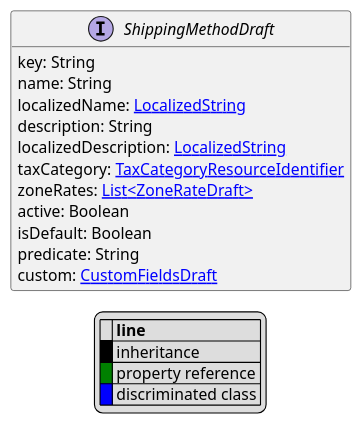
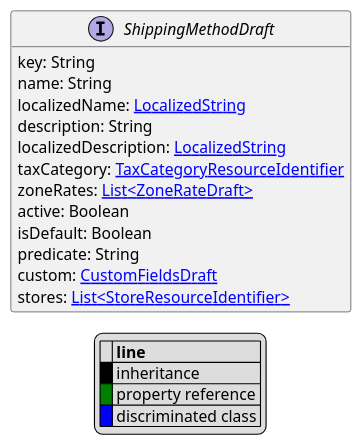
One commit to commercetools/commercetools-api-reference changed the diagram in uml/api/ShippingMethodDraft.puml. Above: the diagram before and after it, drawn with PlantUML. The commit also changed 52 other files, not shown here.

```diff
--- a/uml/api/ShippingMethodDraft.puml
+++ b/uml/api/ShippingMethodDraft.puml
@@ -1,30 +1,31 @@
 @startuml
 
 hide empty fields
 hide empty methods
 legend
 |= |= line |
 |<back:black>   </back>| inheritance |
 |<back:green>   </back>| property reference |
 |<back:blue>   </back>| discriminated class |
 endlegend
 interface ShippingMethodDraft [[ShippingMethodDraft.svg]]  {
     key: String
     name: String
     localizedName: [[LocalizedString.svg LocalizedString]]
     description: String
     localizedDescription: [[LocalizedString.svg LocalizedString]]
     taxCategory: [[TaxCategoryResourceIdentifier.svg TaxCategoryResourceIdentifier]]
     zoneRates: [[ZoneRateDraft.svg List<ZoneRateDraft>]]
     active: Boolean
     isDefault: Boolean
     predicate: String
     custom: [[CustomFieldsDraft.svg CustomFieldsDraft]]
+    stores: [[StoreResourceIdentifier.svg List<StoreResourceIdentifier>]]
 }
 
 
 
 
 
 
 @enduml
```
